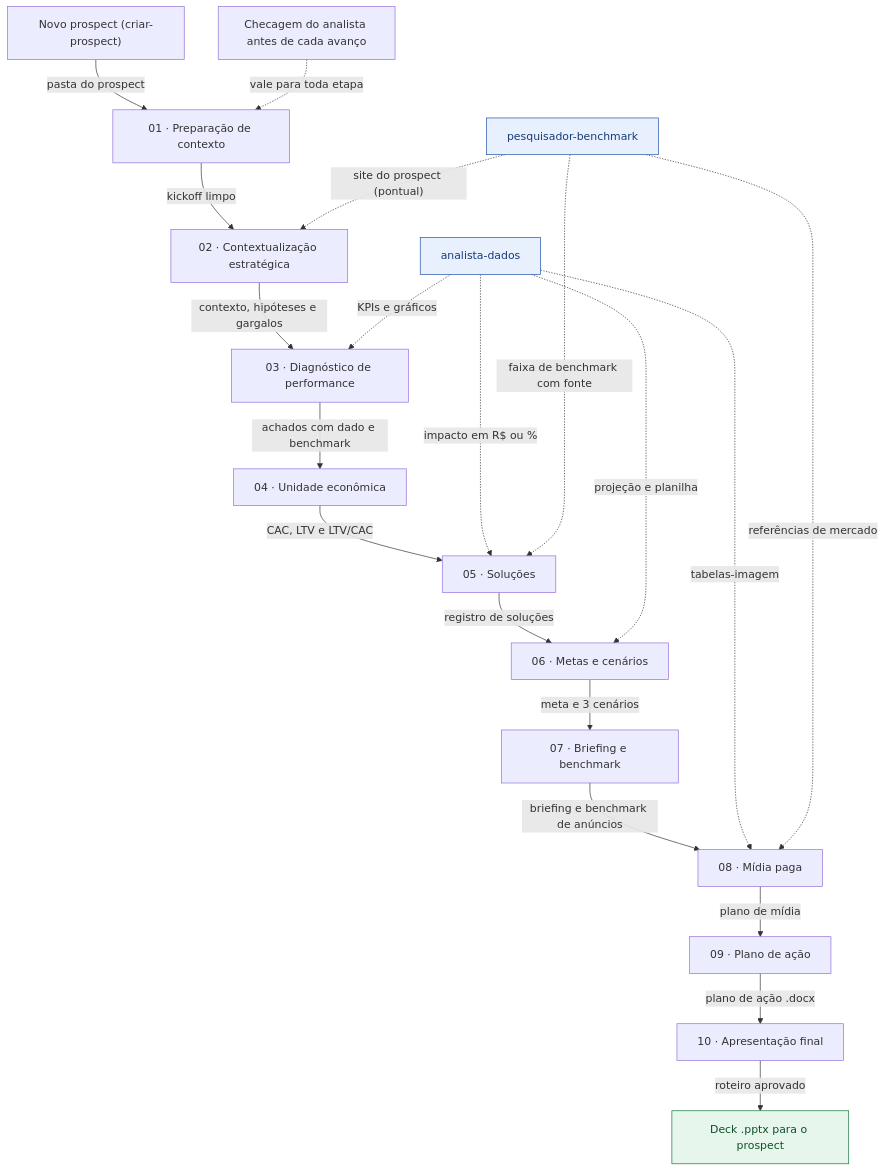
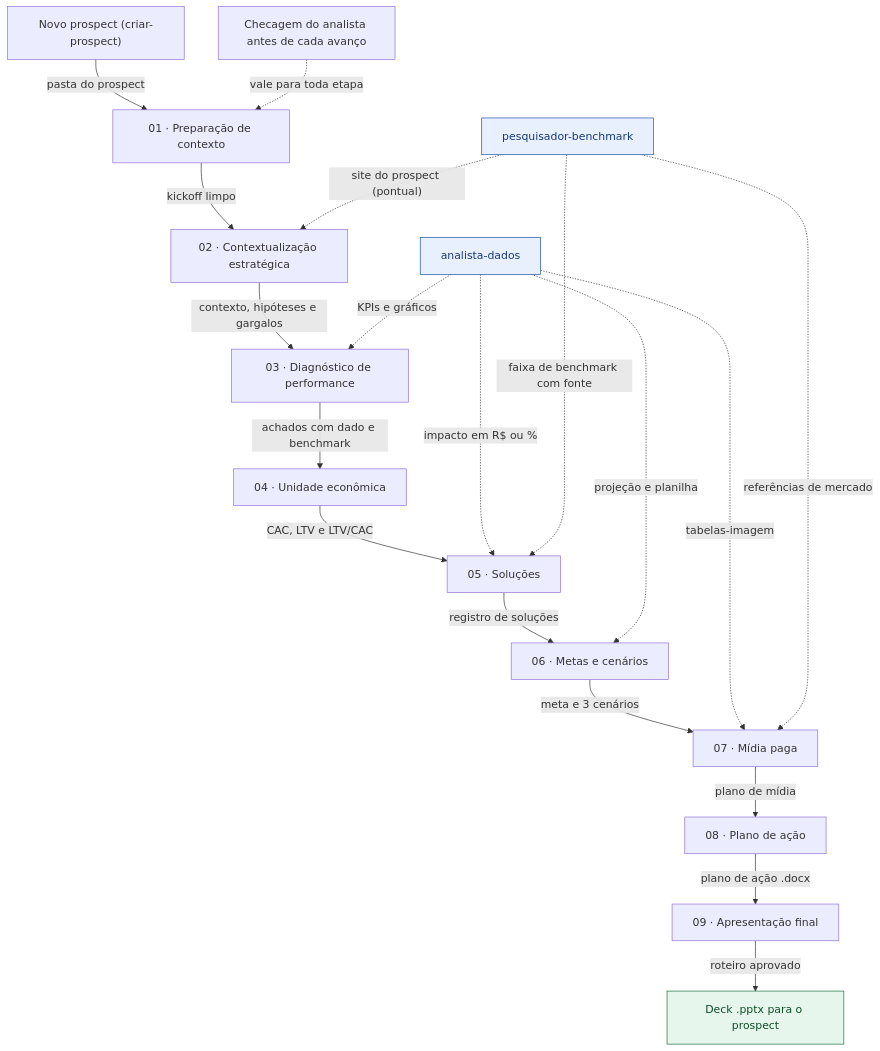
Before and after one commit to MatheusBoomer/growth-cycle-boomer: the diagram in .claude/skills/_shared/fluxo-geral.mmd, drawn with Mermaid. The commit also changed 39 other files, not shown here.

Commit message:
docs(skills): texto, comandos e fluxogramas na numeração nova (07 mídia paga, 08 plano de ação, 09 apresentação)

```diff
--- a/.claude/skills/_shared/fluxo-geral.mmd
+++ b/.claude/skills/_shared/fluxo-geral.mmd
@@ -1,43 +1,41 @@
 flowchart TD
   NP["Novo prospect (criar-prospect)"]
   E01["01 · Preparação de contexto"]
   E02["02 · Contextualização estratégica"]
   E03["03 · Diagnóstico de performance"]
   E04["04 · Unidade econômica"]
   E05["05 · Soluções"]
   E06["06 · Metas e cenários"]
-  E07["07 · Briefing e benchmark"]
-  E08["08 · Mídia paga"]
-  E09["09 · Plano de ação"]
-  E10["10 · Apresentação final"]
+  E07["07 · Mídia paga"]
+  E08["08 · Plano de ação"]
+  E09["09 · Apresentação final"]
   FIM["Deck .pptx para o prospect"]
   AD["analista-dados"]
   PB["pesquisador-benchmark"]
   CK["Checagem do analista antes de cada avanço"]
 
   NP -->|"pasta do prospect"| E01
   E01 -->|"kickoff limpo"| E02
   E02 -->|"contexto, hipóteses e gargalos"| E03
   E03 -->|"achados com dado e benchmark"| E04
   E04 -->|"CAC, LTV e LTV/CAC"| E05
   E05 -->|"registro de soluções"| E06
   E06 -->|"meta e 3 cenários"| E07
-  E07 -->|"briefing e benchmark de anúncios"| E08
-  E08 -->|"plano de mídia"| E09
-  E09 -->|"plano de ação .docx"| E10
-  E10 -->|"roteiro aprovado"| FIM
+  E07 -->|"plano de mídia"| E08
+  E08 -->|"plano de ação .docx"| E09
+  E09 -->|"roteiro aprovado"| FIM
 
   AD -.->|"KPIs e gráficos"| E03
   AD -.->|"impacto em R$ ou %"| E05
   AD -.->|"projeção e planilha"| E06
-  AD -.->|"tabelas-imagem"| E08
+  AD -.->|"tabelas-imagem"| E07
   PB -.->|"site do prospect (pontual)"| E02
   PB -.->|"faixa de benchmark com fonte"| E05
-  PB -.->|"referências de mercado"| E08
+  PB -.->|"referências de mercado"| E07
   CK -.->|"vale para toda etapa"| E01
 
   class AD,PB subagente
   class FIM entrega
   classDef checkpoint fill:#fff1e6,stroke:#e8803a,color:#7a3d0c
   classDef subagente fill:#e8f0fd,stroke:#1f4fa8,color:#173a7a
   classDef entrega fill:#e6f6ec,stroke:#16743b,color:#0f4f28
```
